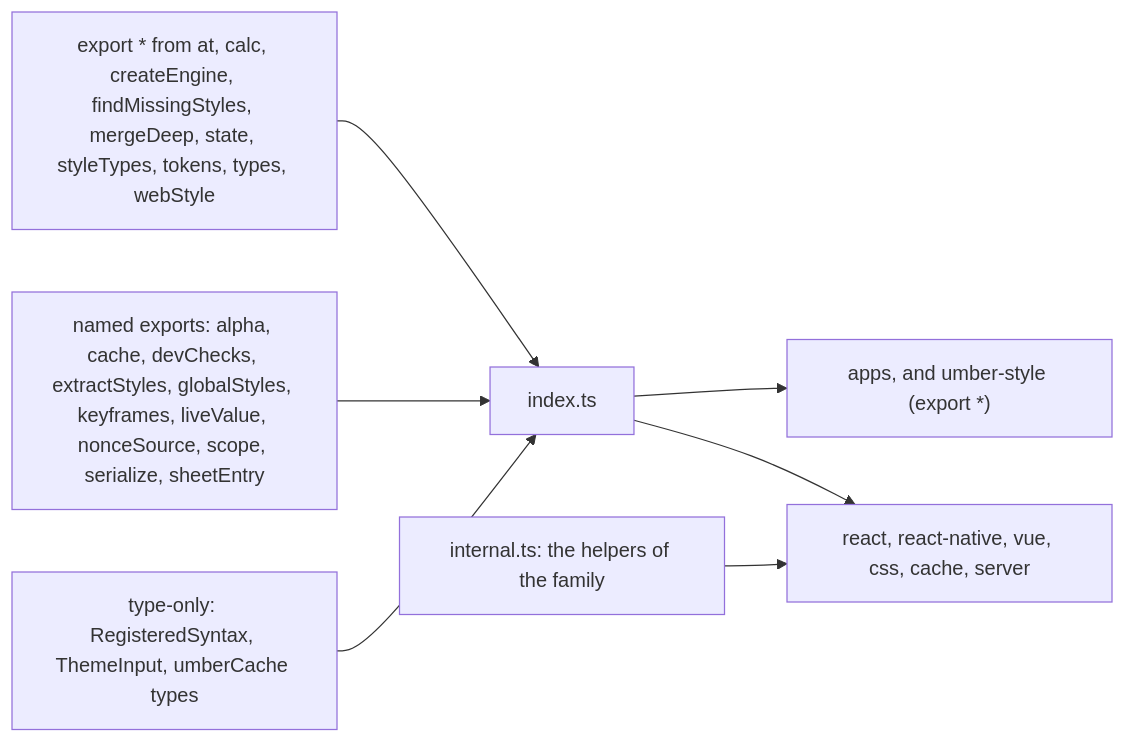
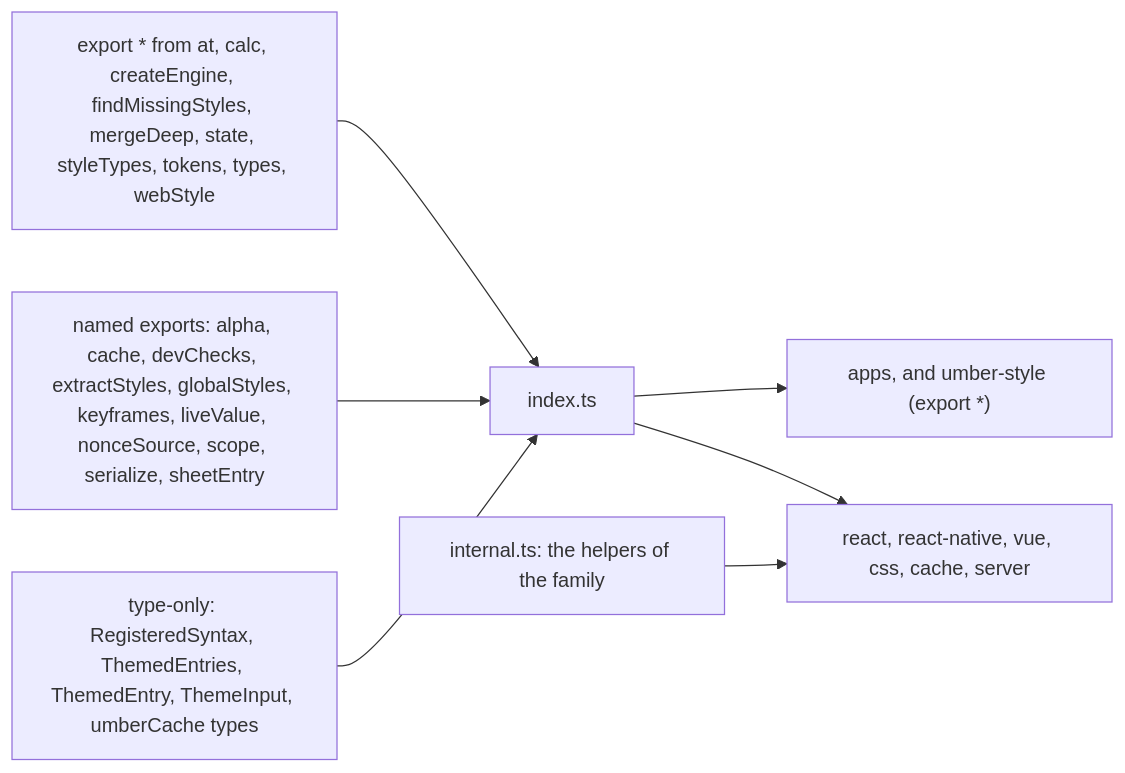
Before and after one commit to soroush-tech/umber-style: the diagram in packages/core/src/index.md, drawn with Mermaid. The commit also changed other lines of this file and 80 other files, not shown here.

Commit message:
feat: a styled component resolves an entry of a theme sheet given to its style prop with no useStyle, and SheetStyleProp types a style prop of sheet entries in every binding - close #88, close #89

````diff
--- a/packages/core/src/index.md
+++ b/packages/core/src/index.md
@@ -23,12 +23,12 @@
 ```mermaid
 flowchart LR
   whole["export * from at, calc, createEngine, findMissingStyles, mergeDeep, state, styleTypes, tokens, types, webStyle"]
   named["named exports: alpha, cache, devChecks, extractStyles, globalStyles, keyframes, liveValue, nonceSource, scope, serialize, sheetEntry"]
-  types["type-only: RegisteredSyntax, ThemeInput, umberCache types"]
+  types["type-only: RegisteredSyntax, ThemedEntries, ThemedEntry, ThemeInput, umberCache types"]
   whole --> entry["index.ts"]
   named --> entry
   types --> entry
   entry --> apps["apps, and umber-style (export *)"]
   entry --> bindings["react, react-native, vue, css, cache, server"]
   internal["internal.ts: the helpers of the family"] --> bindings
 ```
````
